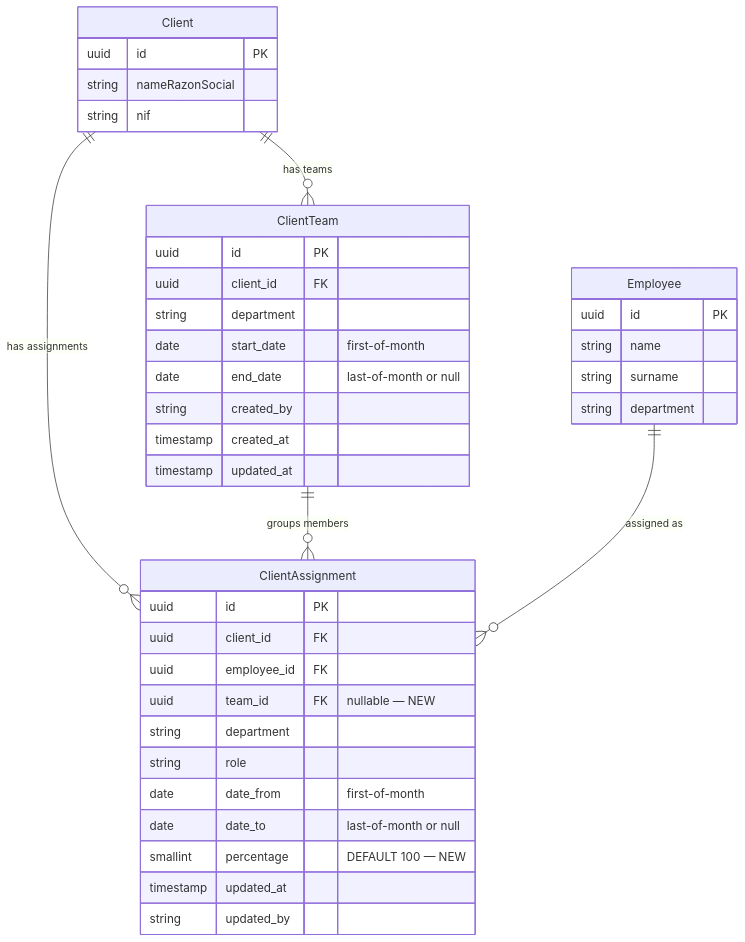
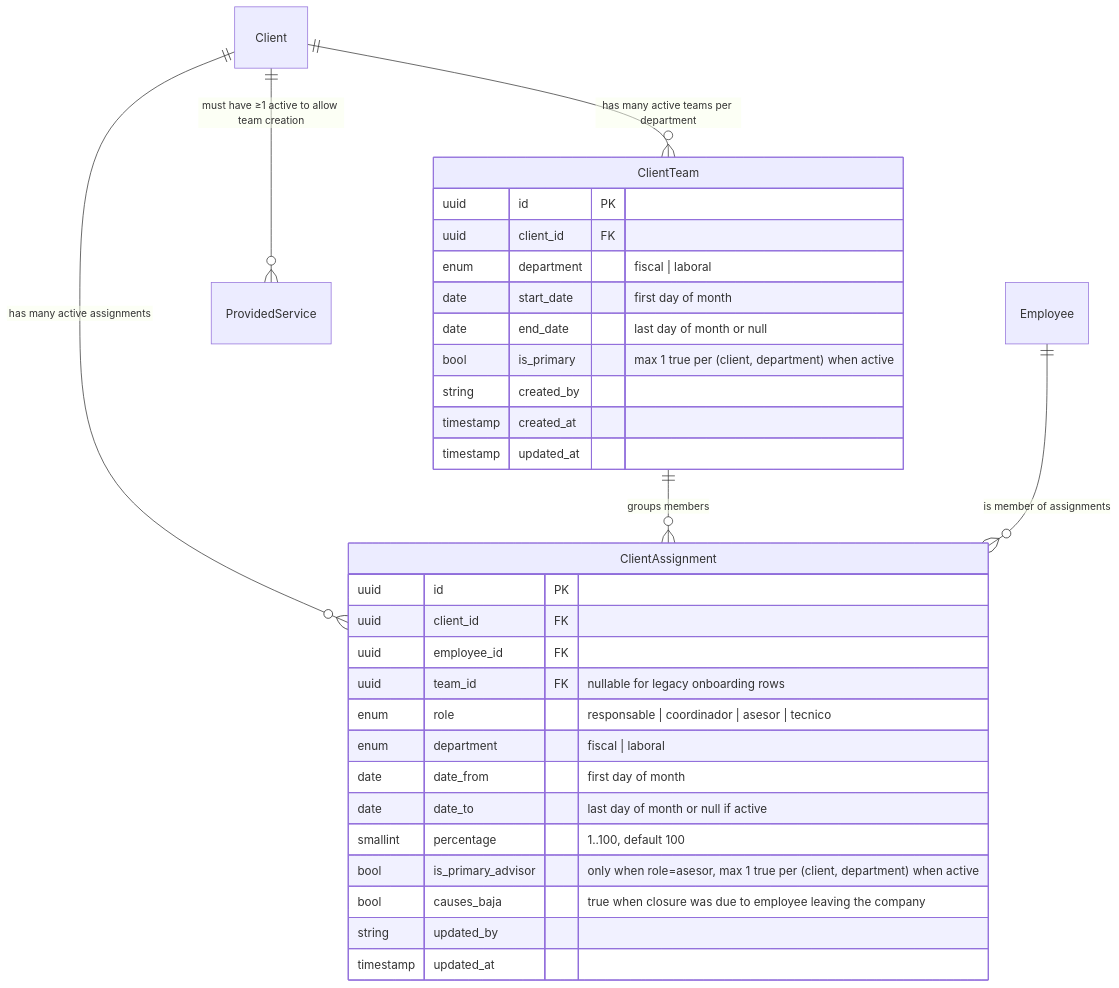
One commit to weorbitant/sdd-afianza changed the diagram in specs/001-client-team-assignments/data-model.md. Above: the diagram before and after it, drawn with Mermaid. The commit also changed other lines of this file and 11 other files, not shown here.

````diff
--- a/specs/001-client-team-assignments/data-model.md
+++ b/specs/001-client-team-assignments/data-model.md
@@ -11,45 +7,36 @@
 ```mermaid
 erDiagram
-    Client ||--o{ ClientTeam : "has teams"
-    Client ||--o{ ClientAssignment : "has assignments"
+    Client ||--o{ ClientTeam : "has many active teams per department"
+    Client ||--o{ ClientAssignment : "has many active assignments"
+    Client ||--o{ ProvidedService : "must have ≥1 active to allow team creation"
     ClientTeam ||--o{ ClientAssignment : "groups members"
-    Employee ||--o{ ClientAssignment : "assigned as"
-
-    Client {
-        uuid id PK
-        string nameRazonSocial
-        string nif
-    }
+    Employee ||--o{ ClientAssignment : "is member of assignments"
 
     ClientTeam {
         uuid id PK
         uuid client_id FK
-        string department
-        date start_date "first-of-month"
-        date end_date "last-of-month or null"
+        enum department "fiscal | laboral"
+        date start_date "first day of month"
+        date end_date "last day of month or null"
+        bool is_primary "max 1 true per (client, department) when active"
         string created_by
         timestamp created_at
         timestamp updated_at
     }
 
     ClientAssignment {
         uuid id PK
         uuid client_id FK
         uuid employee_id FK
-        uuid team_id FK "nullable — NEW"
-        string department
-        string role
-        date date_from "first-of-month"
-        date date_to "last-of-month or null"
-        smallint percentage "DEFAULT 100 — NEW"
+        uuid team_id FK "nullable for legacy onboarding rows"
+        enum role "responsable | coordinador | asesor | tecnico"
+        enum department "fiscal | laboral"
+        date date_from "first day of month"
+        date date_to "last day of month or null if active"
+        smallint percentage "1..100, default 100"
+        bool is_primary_advisor "only when role=asesor, max 1 true per (client, department) when active"
+        bool causes_baja "true when closure was due to employee leaving the company"
+        string updated_by
         timestamp updated_at
-        string updated_by
-    }
-
-    Employee {
-        uuid id PK
-        string name
-        string surname
-        string department
     }
 ```
````
